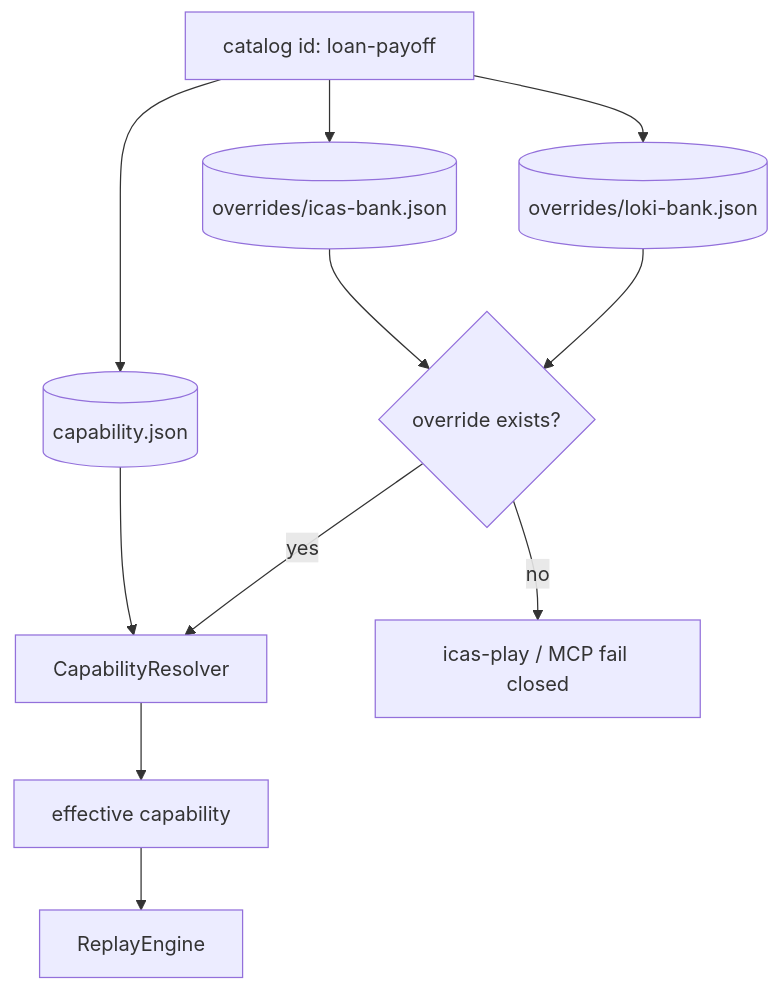
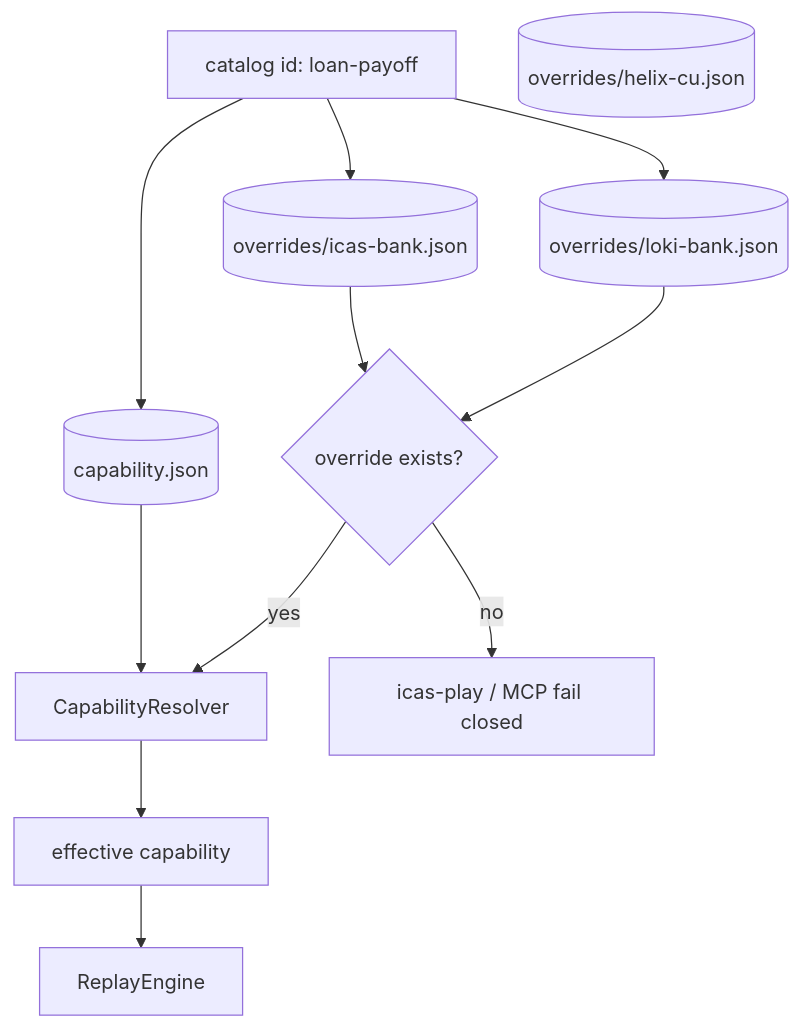
The sixth of 17 diagrams in docs/00-system-design.md (ankinelaturu/icas), drawn with Mermaid before and after one commit. The commit also changed other lines of this file and 2 other files, not shown here.

First line of the commit message:
feat(system-design): add helix-cu integration to ICAS flowchart and documentation

````diff
--- a/docs/00-system-design.md
+++ b/docs/00-system-design.md
@@ -300,22 +304,23 @@
 ```mermaid
 flowchart TB
   id["catalog id: loan-payoff"]
   base[("capability.json")]
   icasOv[("overrides/icas-bank.json")]
   lokiOv[("overrides/loki-bank.json")]
+  helixOv[("overrides/helix-cu.json")]
   resolver[CapabilityResolver]
   enrolled{override exists?}
   effective["effective capability"]
   engine[ReplayEngine]
 
   id --> base
   id --> icasOv
   id --> lokiOv
   base --> resolver
   icasOv --> enrolled
   lokiOv --> enrolled
   enrolled -->|yes| resolver
   enrolled -->|no| fail["icas-play / MCP fail closed"]
   resolver --> effective
   effective --> engine
 ```
````
